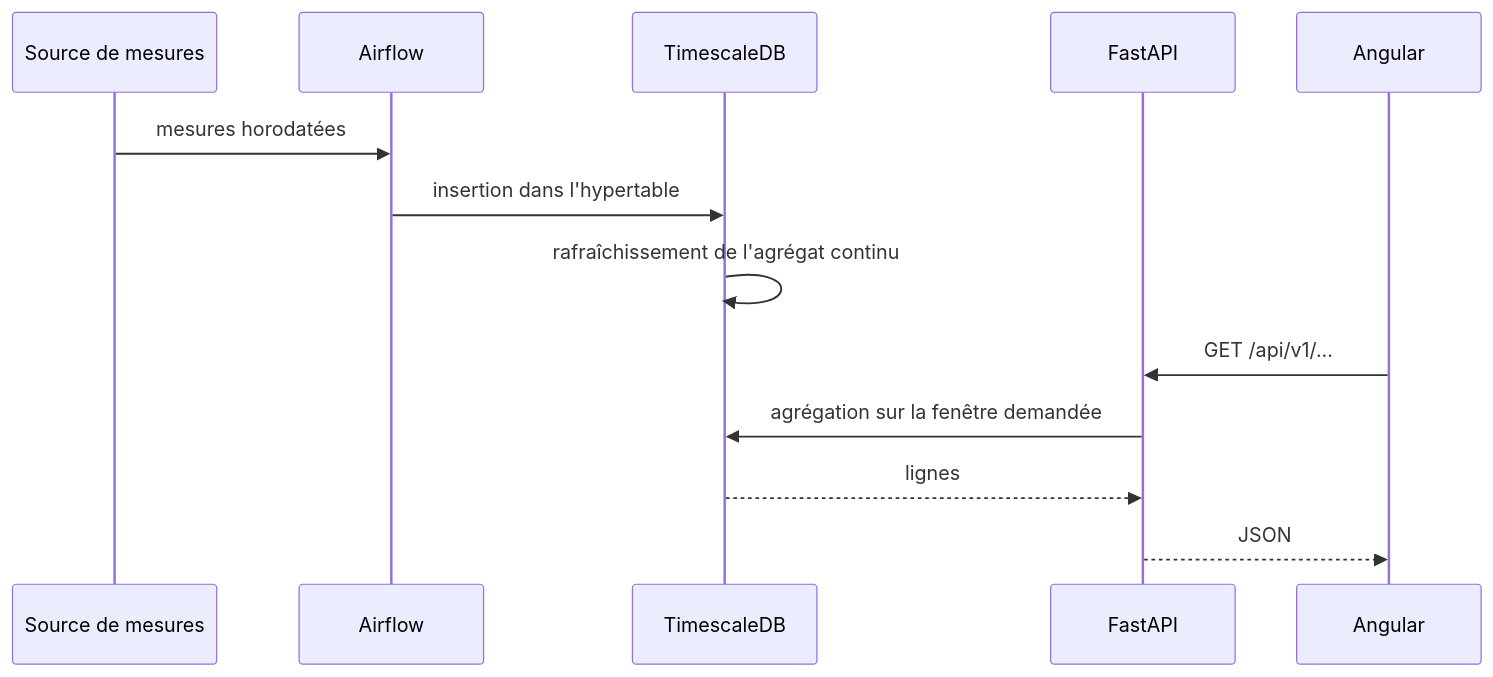
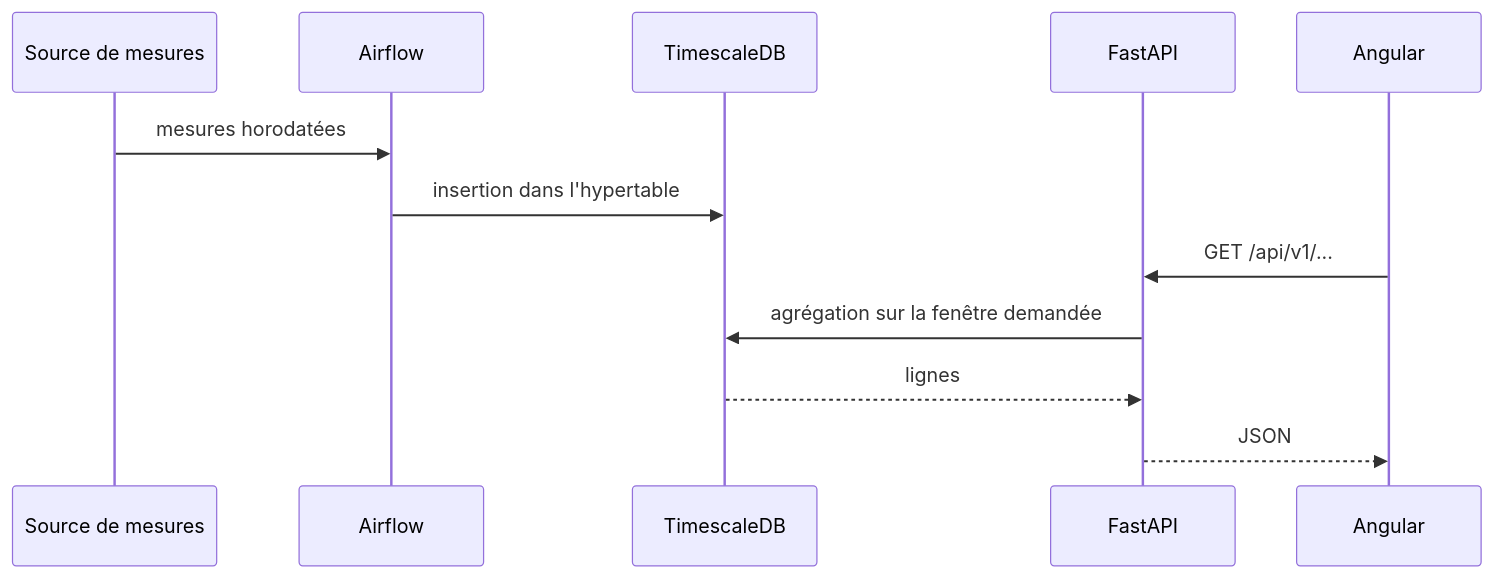
Before and after one commit to ineszang/ProjetPiscine_EnerVision: the third of 3 diagrams in docs/architecture/00-vue-ensemble.md, drawn with Mermaid. The commit also changed other lines of this file and 24 other files, not shown here.

````diff
--- a/docs/architecture/00-vue-ensemble.md
+++ b/docs/architecture/00-vue-ensemble.md
@@ -115,16 +120,15 @@
 ```mermaid
 sequenceDiagram
   participant S as Source de mesures
   participant A as Airflow
   participant T as TimescaleDB
   participant API as FastAPI
   participant U as Angular
 
   S->>A: mesures horodatées
   A->>T: insertion dans l'hypertable
-  T->>T: rafraîchissement de l'agrégat continu
   U->>API: GET /api/v1/...
   API->>T: agrégation sur la fenêtre demandée
   T-->>API: lignes
   API-->>U: JSON
 ```
````
